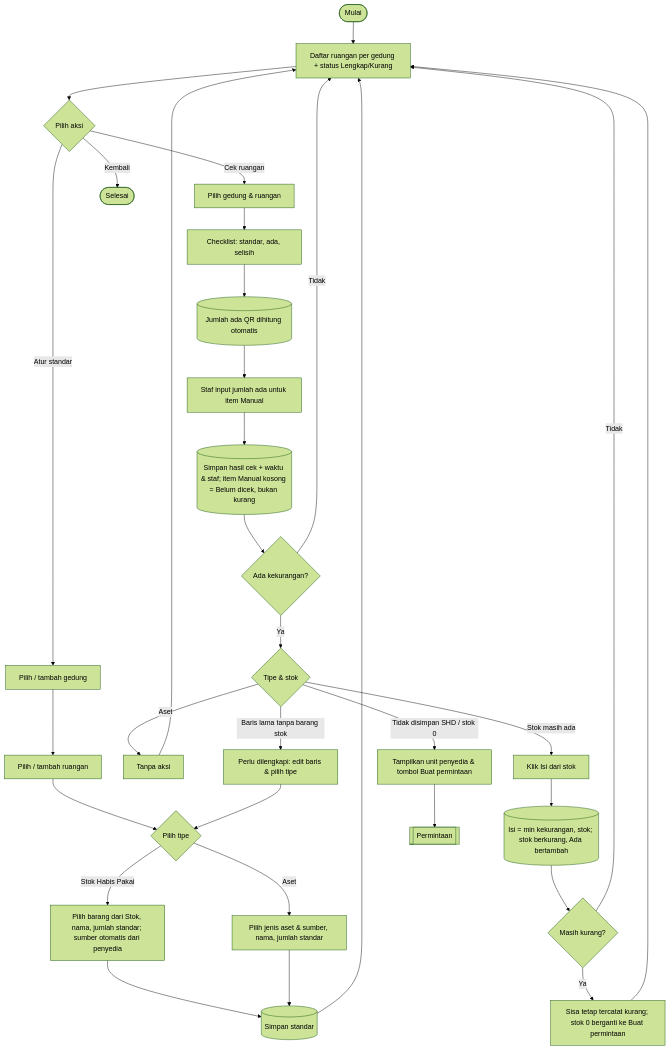
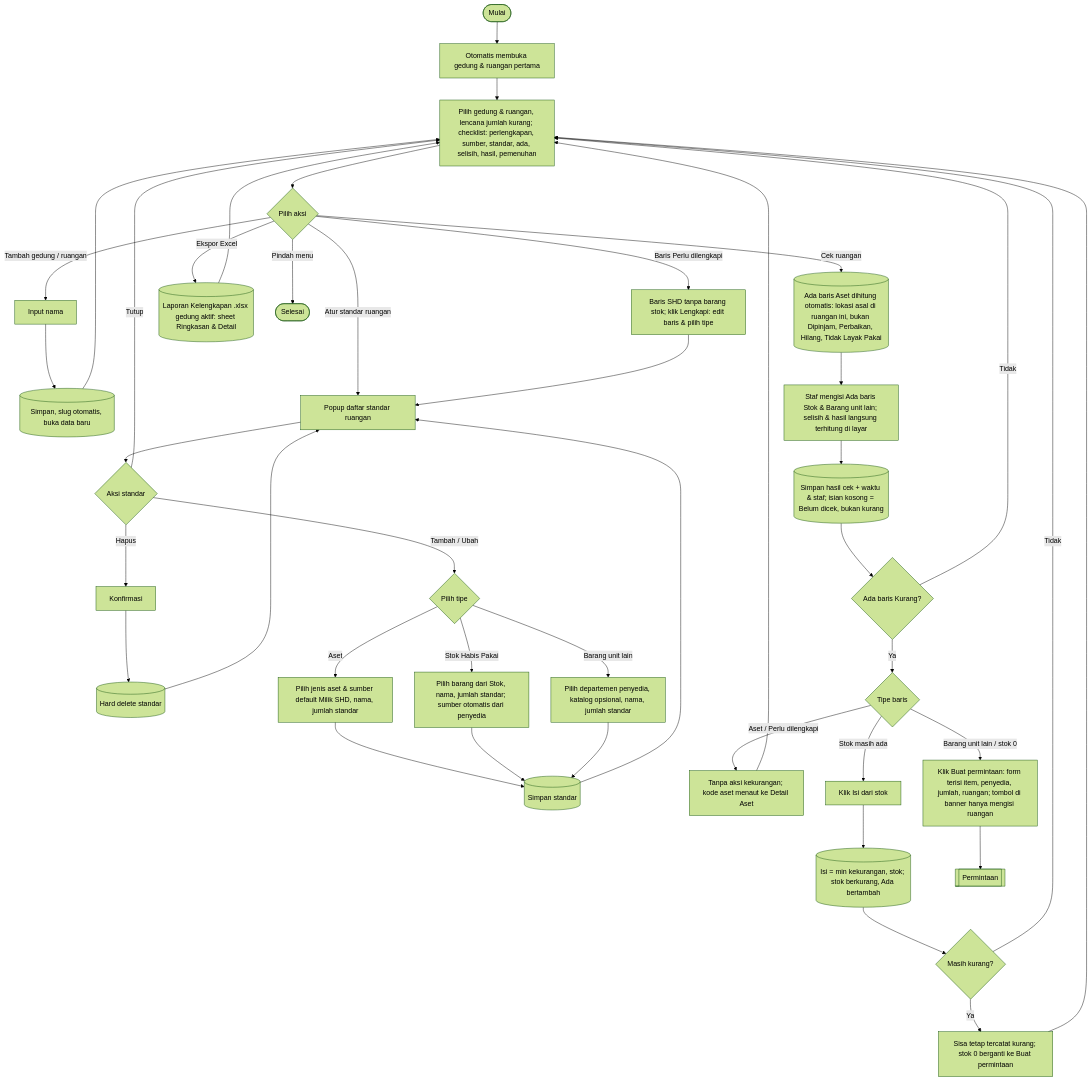
One commit to mrizqihidayat/system-tracking-asset changed the sixth of 9 diagrams in docs/flowchart.md. Above: the diagram before and after it, drawn with Mermaid (forest theme). The commit also changed other lines of this file and 49 other files, not shown here.

Commit message:
T26m dan flowchart terbaru

````diff
--- a/docs/flowchart.md
+++ b/docs/flowchart.md
@@ -156,29 +214,36 @@
 ```mermaid
 flowchart TD
-    A([Mulai]) --> B[Daftar ruangan per gedung + status Lengkap/Kurang]
+    A([Mulai]) --> A1[Otomatis membuka gedung & ruangan pertama]
+    A1 --> B[Pilih gedung & ruangan, lencana jumlah kurang; checklist: perlengkapan, sumber, standar, ada, selisih, hasil, pemenuhan]
     B --> C{Pilih aksi}
 
-    C -- Atur standar --> S1[Pilih / tambah gedung] --> S2[Pilih / tambah ruangan]
-    S2 --> S5{Pilih tipe}
-    S5 -- Aset --> S6[Pilih jenis aset & sumber, nama, jumlah standar]
+    C -- Tambah gedung / ruangan --> N1[Input nama] --> N2[(Simpan, slug otomatis, buka data baru)] --> B
+
+    C -- Atur standar ruangan --> S1[Popup daftar standar ruangan]
+    S1 --> S2{Aksi standar}
+    S2 -- Tutup --> B
+    S2 -- Hapus --> S3[Konfirmasi] --> S4[(Hard delete standar)] --> S1
+    S2 -- Tambah / Ubah --> S5{Pilih tipe}
+    S5 -- Aset --> S6[Pilih jenis aset & sumber default Milik SHD, nama, jumlah standar]
     S5 -- Stok Habis Pakai --> S8[Pilih barang dari Stok, nama, jumlah standar; sumber otomatis dari penyedia]
-    S8 --> S7
-    S6 --> S7[(Simpan standar)] --> B
+    S5 -- Barang unit lain --> S9[Pilih departemen penyedia, katalog opsional, nama, jumlah standar]
+    S6 & S8 & S9 --> S7[(Simpan standar)] --> S1
 
-    C -- Cek ruangan --> K1[Pilih gedung & ruangan] --> K2[Checklist: standar, ada, selisih]
-    K2 --> K3[(Jumlah ada QR dihitung otomatis)]
-    K3 --> K4[Staf input jumlah ada untuk item Manual]
-    K4 --> K5[(Simpan hasil cek + waktu & staf; item Manual kosong = Belum dicek, bukan kurang)]
-    K5 --> K6{Ada kekurangan?}
+    C -- Baris Perlu dilengkapi --> K11[Baris SHD tanpa barang stok; klik Lengkapi: edit baris & pilih tipe] --> S1
+
+    C -- Cek ruangan --> K3[(Ada baris Aset dihitung otomatis: lokasi asal di ruangan ini, bukan Dipinjam, Perbaikan, Hilang, Tidak Layak Pakai)]
+    K3 --> K4[Staf mengisi Ada baris Stok & Barang unit lain; selisih & hasil langsung terhitung di layar]
+    K4 --> K5[(Simpan hasil cek + waktu & staf; isian kosong = Belum dicek, bukan kurang)]
+    K5 --> K6{Ada baris Kurang?}
     K6 -- Tidak --> B
-    K6 -- Ya --> K7{Tipe & stok}
-    K7 -- Aset --> K8[Tanpa aksi] --> B
-    K7 -- Baris lama tanpa barang stok --> K11[Perlu dilengkapi: edit baris & pilih tipe] --> S5
+    K6 -- Ya --> K7{Tipe baris}
+    K7 -- Aset / Perlu dilengkapi --> K8[Tanpa aksi kekurangan; kode aset menaut ke Detail Aset] --> B
     K7 -- Stok masih ada --> F1[Klik Isi dari stok] --> F2[(Isi = min kekurangan, stok; stok berkurang, Ada bertambah)]
     F2 --> F3{Masih kurang?}
     F3 -- Tidak --> B
     F3 -- Ya --> F4[Sisa tetap tercatat kurang; stok 0 berganti ke Buat permintaan] --> B
-    K7 -- Tidak disimpan SHD / stok 0 --> K9[Tampilkan unit penyedia & tombol Buat permintaan] --> K10[[Permintaan]]
+    K7 -- Barang unit lain / stok 0 --> K9[Klik Buat permintaan: form terisi item, penyedia, jumlah, ruangan; tombol di banner hanya mengisi ruangan] --> K10[[Permintaan]]
 
-    C -- Kembali --> Z([Selesai])
+    C -- Ekspor Excel --> X1[(Laporan Kelengkapan .xlsx gedung aktif: sheet Ringkasan & Detail)] --> B
+    C -- Pindah menu --> Z([Selesai])
 ```
````
